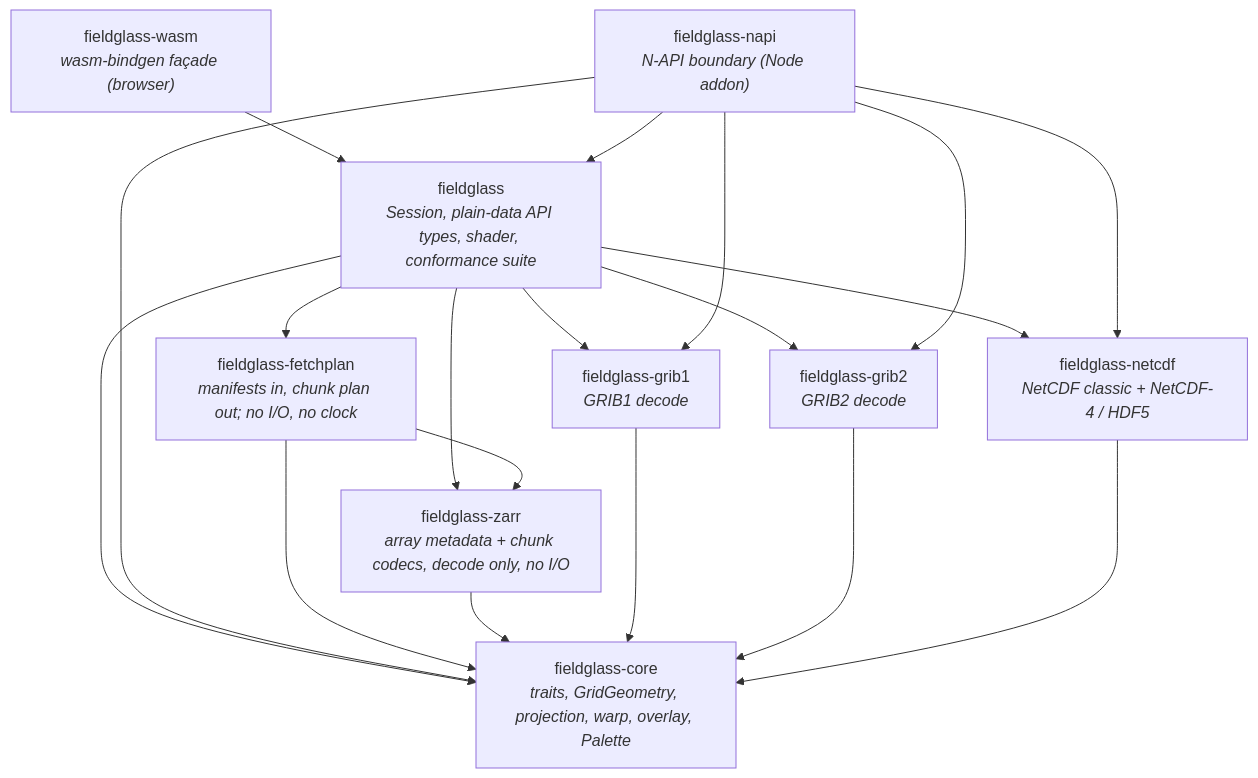
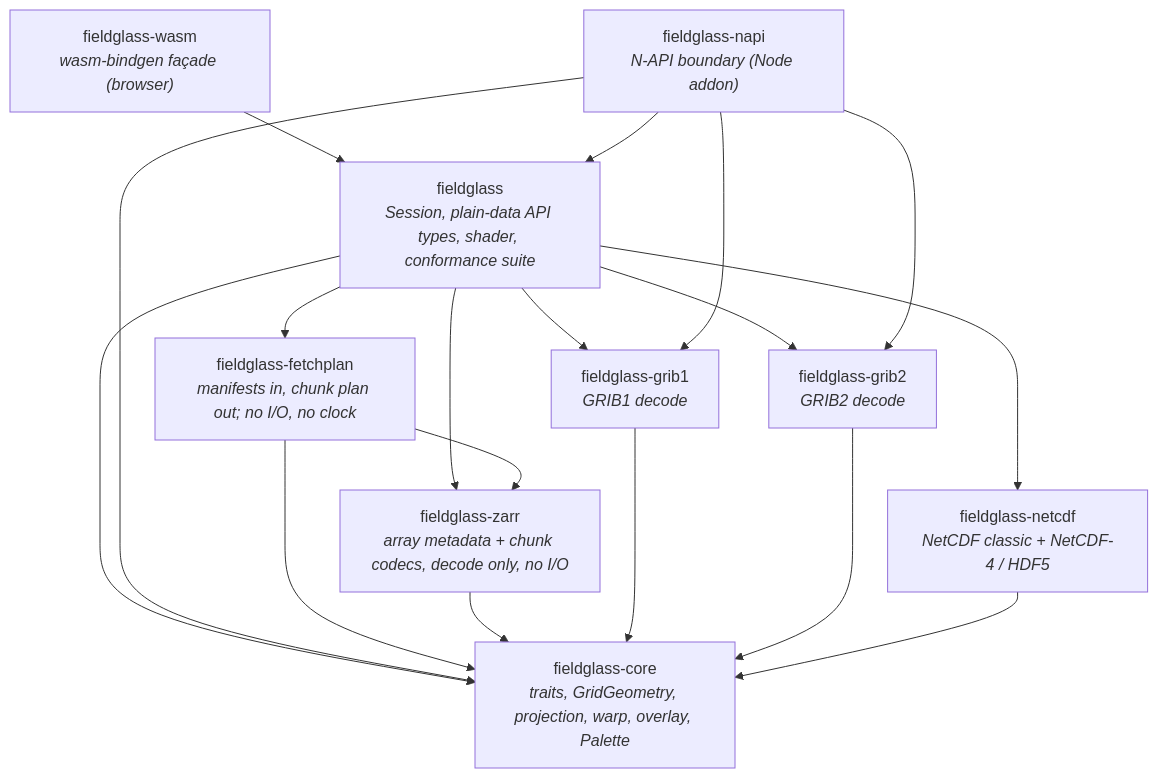
Before and after one commit to D0ubleD0uble/fieldglass: the diagram in docs/architecture/01-crates.md, drawn with Mermaid. The commit also changed other lines of this file and 9 other files, not shown here.

````diff
--- a/docs/architecture/01-crates.md
+++ b/docs/architecture/01-crates.md
@@ -18,31 +18,30 @@
 ```mermaid
 flowchart TD
     napi["fieldglass-napi<br/><i>N-API boundary (Node addon)</i>"]
     wasm["fieldglass-wasm<br/><i>wasm-bindgen façade (browser)</i>"]
     fieldglass["fieldglass<br/><i>Session, plain-data API types, shader, conformance suite</i>"]
     grib1["fieldglass-grib1<br/><i>GRIB1 decode</i>"]
     grib2["fieldglass-grib2<br/><i>GRIB2 decode</i>"]
     netcdf["fieldglass-netcdf<br/><i>NetCDF classic + NetCDF-4 / HDF5</i>"]
     core["fieldglass-core<br/><i>traits, GridGeometry, projection, warp, overlay, Palette</i>"]
     fetchplan["fieldglass-fetchplan<br/><i>manifests in, chunk plan out; no I/O, no clock</i>"]
     zarr["fieldglass-zarr<br/><i>array metadata + chunk codecs, decode only, no I/O</i>"]
 
     wasm --> fieldglass
     fieldglass --> grib1
     fieldglass --> grib2
     fieldglass --> netcdf
     fieldglass --> zarr
     fieldglass --> core
     fieldglass --> fetchplan
     napi --> fieldglass
     napi --> grib1
     napi --> grib2
-    napi --> netcdf
     napi --> core
     fetchplan --> core
     fetchplan --> zarr
     zarr --> core
     grib1 --> core
     grib2 --> core
     netcdf --> core
 ```
````
